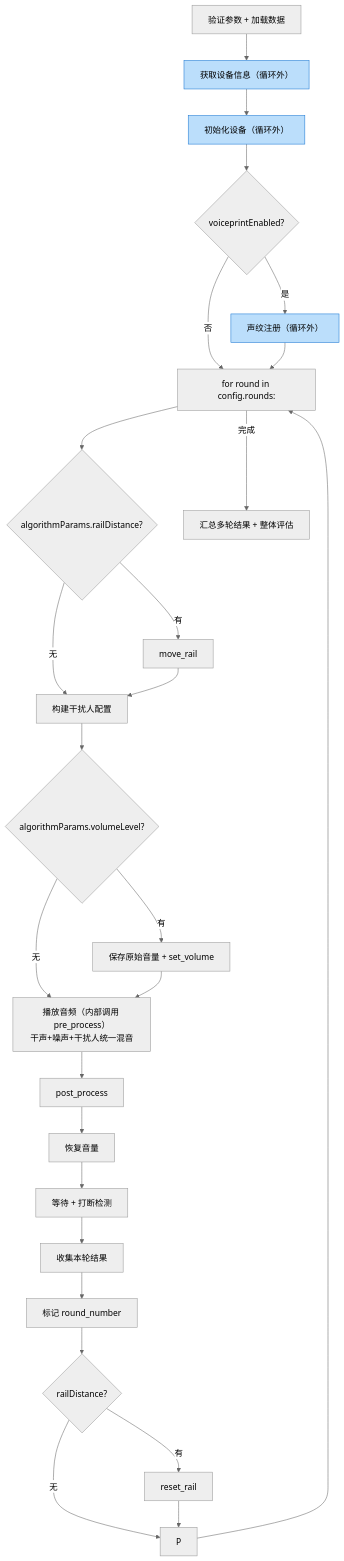
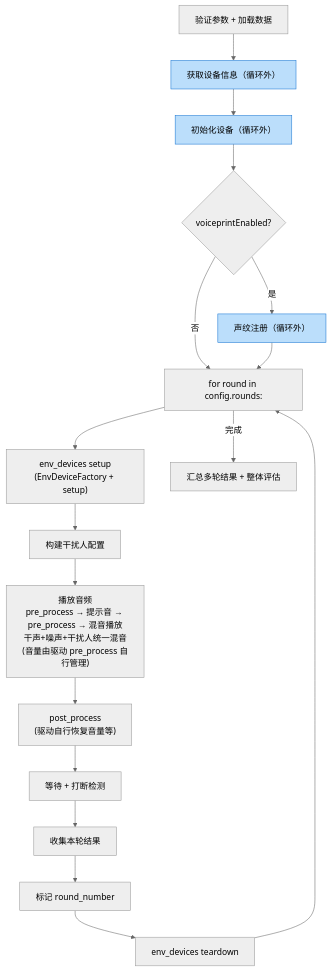
One commit to ydz-auto/intelligent_audio_test changed the diagram in Intelligent-Audio-TEST/doc/voice_llm/04_执行测试/backend/17_e2e_executor多轮循环.md. Above: the diagram before and after it, drawn with Mermaid (neutral theme). The commit also changed other lines of this file and 149 other files, not shown here.

````diff
--- a/Intelligent-Audio-TEST/doc/voice_llm/04_执行测试/backend/17_e2e_executor多轮循环.md
+++ b/Intelligent-Audio-TEST/doc/voice_llm/04_执行测试/backend/17_e2e_executor多轮循环.md
@@ -22,41 +25,28 @@
 ```mermaid
 graph TD
     A["验证参数 + 加载数据"] --> B["获取设备信息（循环外）"]
     B --> C["初始化设备（循环外）"]
     C --> D{"voiceprintEnabled?"}
     D -->|是| D1["声纹注册（循环外）"]
     D -->|否| E
     D1 --> E
 
     E["for round in config.rounds:"]
 
-    E --> F{"algorithmParams.railDistance?"}
-    F -->|有| F1["move_rail"]
-    F -->|无| G
-    F1 --> G
+    E --> F["env_devices setup<br/>(EnvDeviceFactory + setup)"]
+    F --> G["构建干扰人配置"]
 
-    G["构建干扰人配置"]
-
-    G --> H{"algorithmParams.volumeLevel?"}
-    H -->|有| H1["保存原始音量 + set_volume"]
-    H -->|无| I
-    H1 --> I
-
-    I["播放音频（内部调用 pre_process）<br/>干声+噪声+干扰人统一混音"]
-    I --> J["post_process"]
-    J --> K["恢复音量"]
-    K --> L["等待 + 打断检测"]
-    L --> M["收集本轮结果"]
-    M --> N["标记 round_number"]
-    N --> O{"railDistance?"}
-    O -->|有| O1["reset_rail"]
-    O -->|无| P
-    O1 --> P
-    P --> E
+    G --> H["播放音频<br/>pre_process → 提示音 → pre_process → 混音播放<br/>干声+噪声+干扰人统一混音<br/>(音量由驱动 pre_process 自行管理)"]
+    H --> I["post_process<br/>(驱动自行恢复音量等)"]
+    I --> J["等待 + 打断检测"]
+    J --> K["收集本轮结果"]
+    K --> L["标记 round_number"]
+    L --> M["env_devices teardown"]
+    M --> E
 
     E -->|完成| Q["汇总多轮结果 + 整体评估"]
 
     style B fill:#bbdefb,stroke:#1976d2
     style C fill:#bbdefb,stroke:#1976d2
     style D1 fill:#bbdefb,stroke:#1976d2
 ```
````
